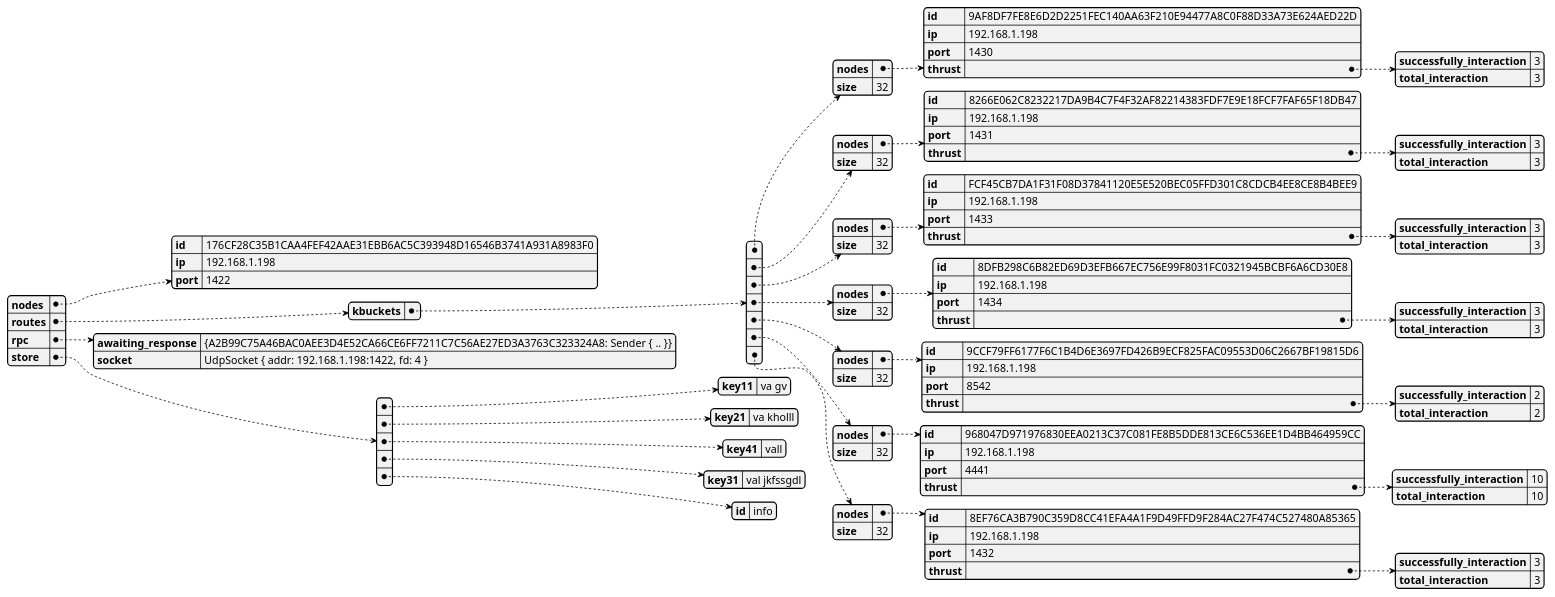
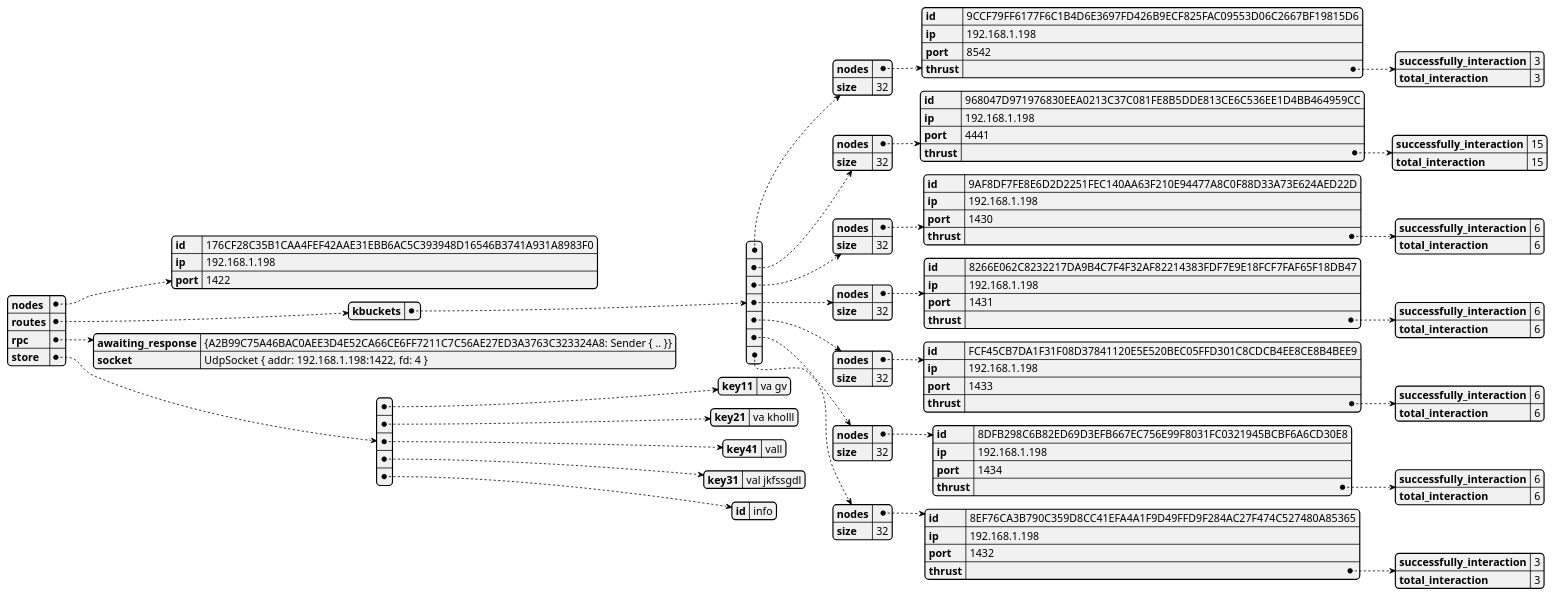
Before and after one commit to GoliathHagar/distributed_legder_kademlia: the diagram in src/distributed_legder/state_dumps/self-node.json.plantuml, drawn with PlantUML. The commit also changed 23 other files, not shown here.

```diff
--- a/src/distributed_legder/state_dumps/self-node.json.plantuml
+++ b/src/distributed_legder/state_dumps/self-node.json.plantuml
@@ -1,3 +1,3 @@
 @startjson
-{"nodes":{"id":"176CF28C35B1CAA4FEF42AAE31EBB6AC5C393948D16546B3741A931A8983F0","ip":"192.168.1.198","port":1422},"routes":{"kbuckets":[{"nodes":{"id":"9AF8DF7FE8E6D2D2251FEC140AA63F210E94477A8C0F88D33A73E624AED22D","ip":"192.168.1.198","port":1430,"thrust":{"successfully_interaction":3,"total_interaction":3}},"size":32},{"nodes":{"id":"8266E062C8232217DA9B4C7F4F32AF82214383FDF7E9E18FCF7FAF65F18DB47","ip":"192.168.1.198","port":1431,"thrust":{"successfully_interaction":3,"total_interaction":3}},"size":32},{"nodes":{"id":"FCF45CB7DA1F31F08D37841120E5E520BEC05FFD301C8CDCB4EE8CE8B4BEE9","ip":"192.168.1.198","port":1433,"thrust":{"successfully_interaction":3,"total_interaction":3}},"size":32},{"nodes":{"id":"8DFB298C6B82ED69D3EFB667EC756E99F8031FC0321945BCBF6A6CD30E8","ip":"192.168.1.198","port":1434,"thrust":{"successfully_interaction":3,"total_interaction":3}},"size":32},{"nodes":{"id":"9CCF79FF6177F6C1B4D6E3697FD426B9ECF825FAC09553D06C2667BF19815D6","ip":"192.168.1.198","port":8542,"thrust":{"successfully_interaction":2,"total_interaction":2}},"size":32},{"nodes":{"id":"968047D971976830EEA0213C37C081FE8B5DDE813CE6C536EE1D4BB464959CC","ip":"192.168.1.198","port":4441,"thrust":{"successfully_interaction":10,"total_interaction":10}},"size":32},{"nodes":{"id":"8EF76CA3B790C359D8CC41EFA4A1F9D49FFD9F284AC27F474C527480A85365","ip":"192.168.1.198","port":1432,"thrust":{"successfully_interaction":3,"total_interaction":3}},"size":32}]},"rpc":{"awaiting_response":"{A2B99C75A46BAC0AEE3D4E52CA66CE6FF7211C7C56AE27ED3A3763C323324A8: Sender { .. }}","socket":"UdpSocket { addr: 192.168.1.198:1422, fd: 4 }"},"store":[{"key11":"va gv"},{"key21":"va kholll"},{"key41":"vall"},{"key31":"val jkfssgdl"},{"id":"info"}]}
+{"nodes":{"id":"176CF28C35B1CAA4FEF42AAE31EBB6AC5C393948D16546B3741A931A8983F0","ip":"192.168.1.198","port":1422},"routes":{"kbuckets":[{"nodes":{"id":"9CCF79FF6177F6C1B4D6E3697FD426B9ECF825FAC09553D06C2667BF19815D6","ip":"192.168.1.198","port":8542,"thrust":{"successfully_interaction":3,"total_interaction":3}},"size":32},{"nodes":{"id":"968047D971976830EEA0213C37C081FE8B5DDE813CE6C536EE1D4BB464959CC","ip":"192.168.1.198","port":4441,"thrust":{"successfully_interaction":15,"total_interaction":15}},"size":32},{"nodes":{"id":"9AF8DF7FE8E6D2D2251FEC140AA63F210E94477A8C0F88D33A73E624AED22D","ip":"192.168.1.198","port":1430,"thrust":{"successfully_interaction":6,"total_interaction":6}},"size":32},{"nodes":{"id":"8266E062C8232217DA9B4C7F4F32AF82214383FDF7E9E18FCF7FAF65F18DB47","ip":"192.168.1.198","port":1431,"thrust":{"successfully_interaction":6,"total_interaction":6}},"size":32},{"nodes":{"id":"FCF45CB7DA1F31F08D37841120E5E520BEC05FFD301C8CDCB4EE8CE8B4BEE9","ip":"192.168.1.198","port":1433,"thrust":{"successfully_interaction":6,"total_interaction":6}},"size":32},{"nodes":{"id":"8DFB298C6B82ED69D3EFB667EC756E99F8031FC0321945BCBF6A6CD30E8","ip":"192.168.1.198","port":1434,"thrust":{"successfully_interaction":6,"total_interaction":6}},"size":32},{"nodes":{"id":"8EF76CA3B790C359D8CC41EFA4A1F9D49FFD9F284AC27F474C527480A85365","ip":"192.168.1.198","port":1432,"thrust":{"successfully_interaction":3,"total_interaction":3}},"size":32}]},"rpc":{"awaiting_response":"{A2B99C75A46BAC0AEE3D4E52CA66CE6FF7211C7C56AE27ED3A3763C323324A8: Sender { .. }}","socket":"UdpSocket { addr: 192.168.1.198:1422, fd: 4 }"},"store":[{"key11":"va gv"},{"key21":"va kholll"},{"key41":"vall"},{"key31":"val jkfssgdl"},{"id":"info"}]}
 @endjson
```
